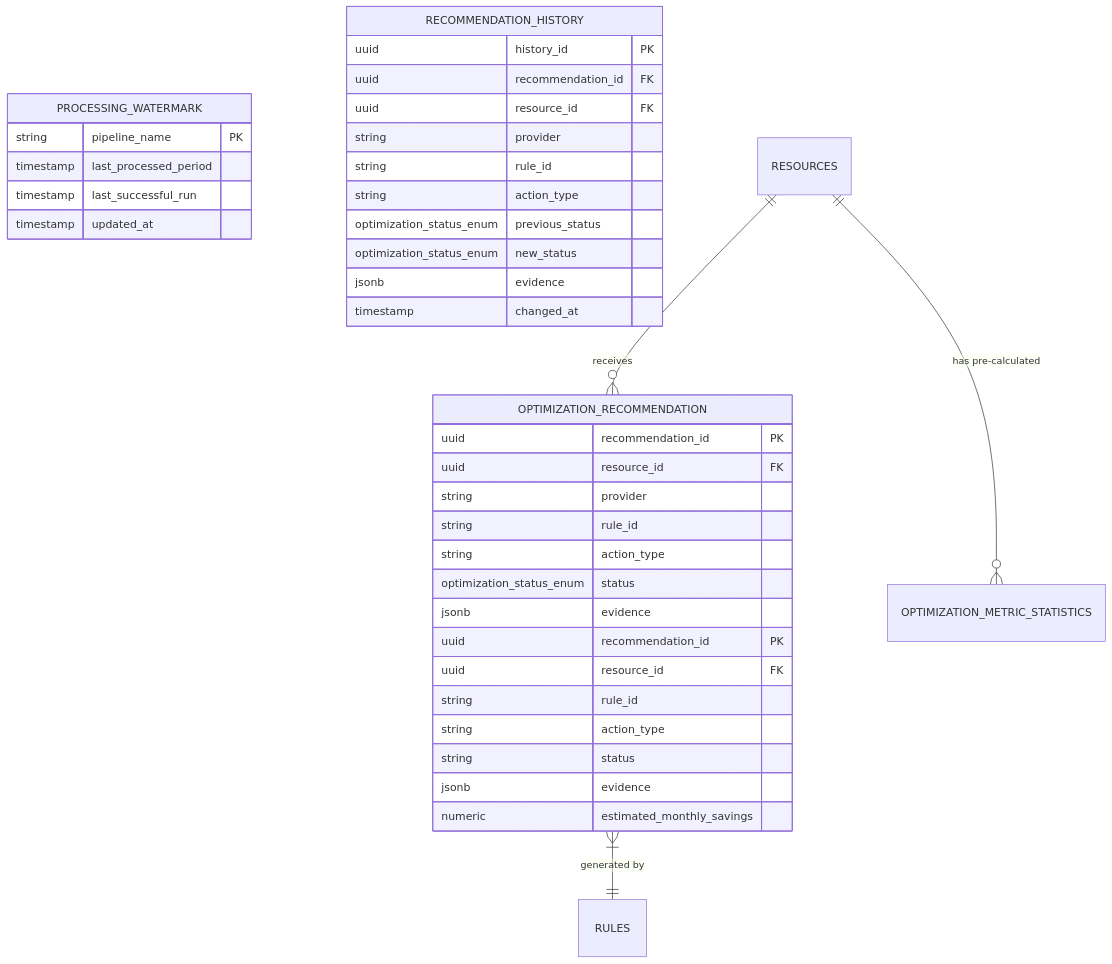
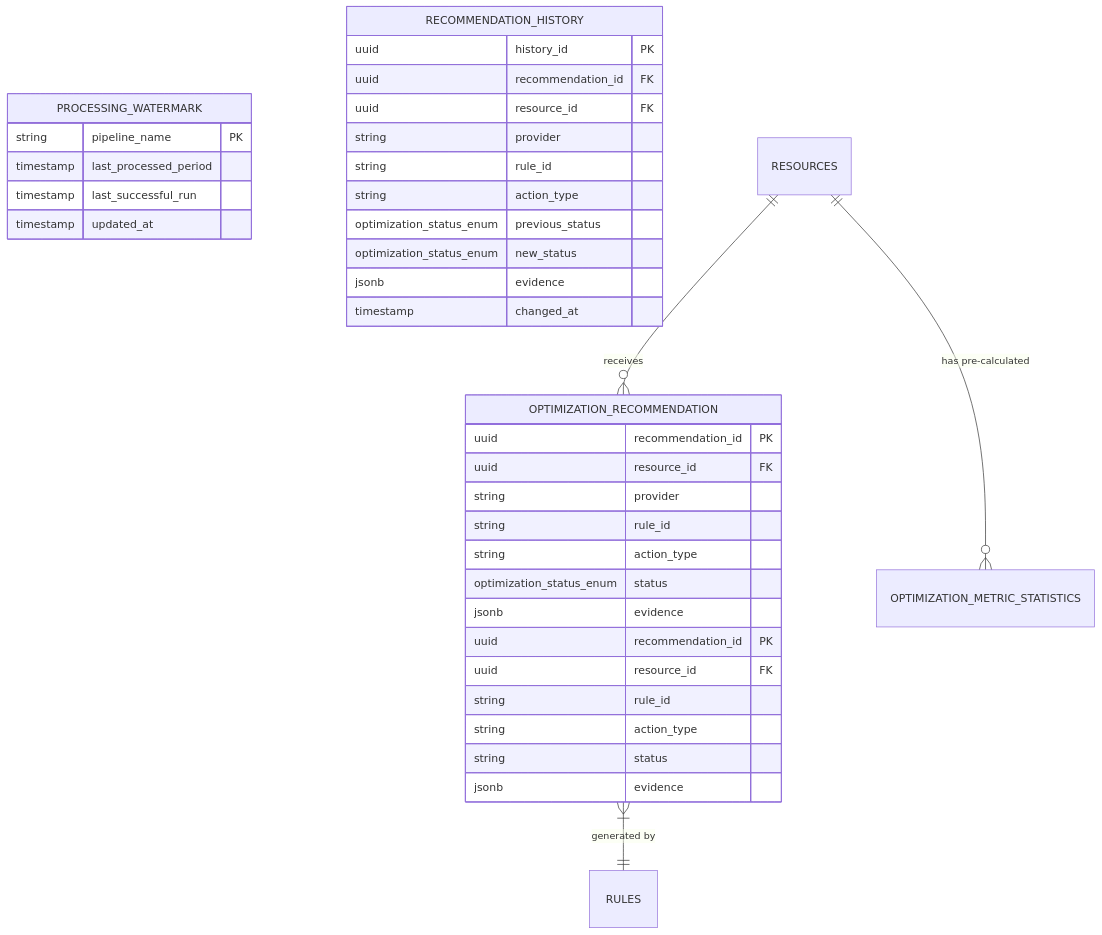
One commit to COS301-SE-2026/CloudSherpa changed the fourth of 4 diagrams in docs/services/optimization-recommendation.md. Above: the diagram before and after it, drawn with Mermaid. The commit also changed other lines of this file, not shown here.

````diff
--- a/docs/services/optimization-recommendation.md
+++ b/docs/services/optimization-recommendation.md
@@ -248,46 +247,45 @@
 ```mermaid
 erDiagram
     PROCESSING_WATERMARK {
         string pipeline_name PK
         timestamp last_processed_period
         timestamp last_successful_run
         timestamp updated_at
     }
-    
+
     OPTIMIZATION_RECOMMENDATION {
         uuid recommendation_id PK
         uuid resource_id FK
         string provider
         string rule_id
         string action_type
         optimization_status_enum status
         jsonb evidence
     }
-    
+
     OPTIMIZATION_RECOMMENDATION {
         uuid recommendation_id PK
         uuid resource_id FK
         string rule_id
         string action_type
         string status
         jsonb evidence
-        numeric estimated_monthly_savings
     }
 
     RECOMMENDATION_HISTORY {
         uuid history_id PK
         uuid recommendation_id FK
         uuid resource_id FK
         string provider
         string rule_id
         string action_type
         optimization_status_enum previous_status
         optimization_status_enum new_status
         jsonb evidence
         timestamp changed_at
     }
 
     RESOURCES ||--o{ OPTIMIZATION_METRIC_STATISTICS : "has pre-calculated"
     RESOURCES ||--o{ OPTIMIZATION_RECOMMENDATION : "receives"
     OPTIMIZATION_RECOMMENDATION }|--|| RULES : "generated by"
 ```
````
